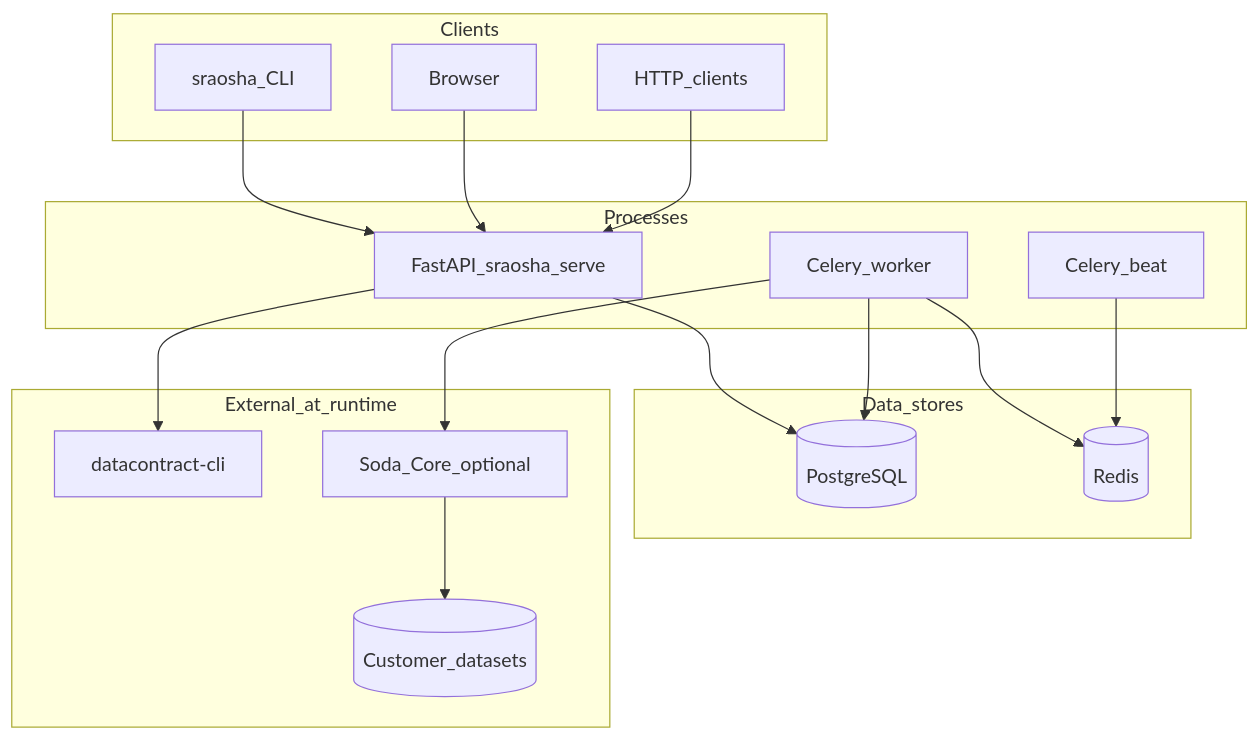
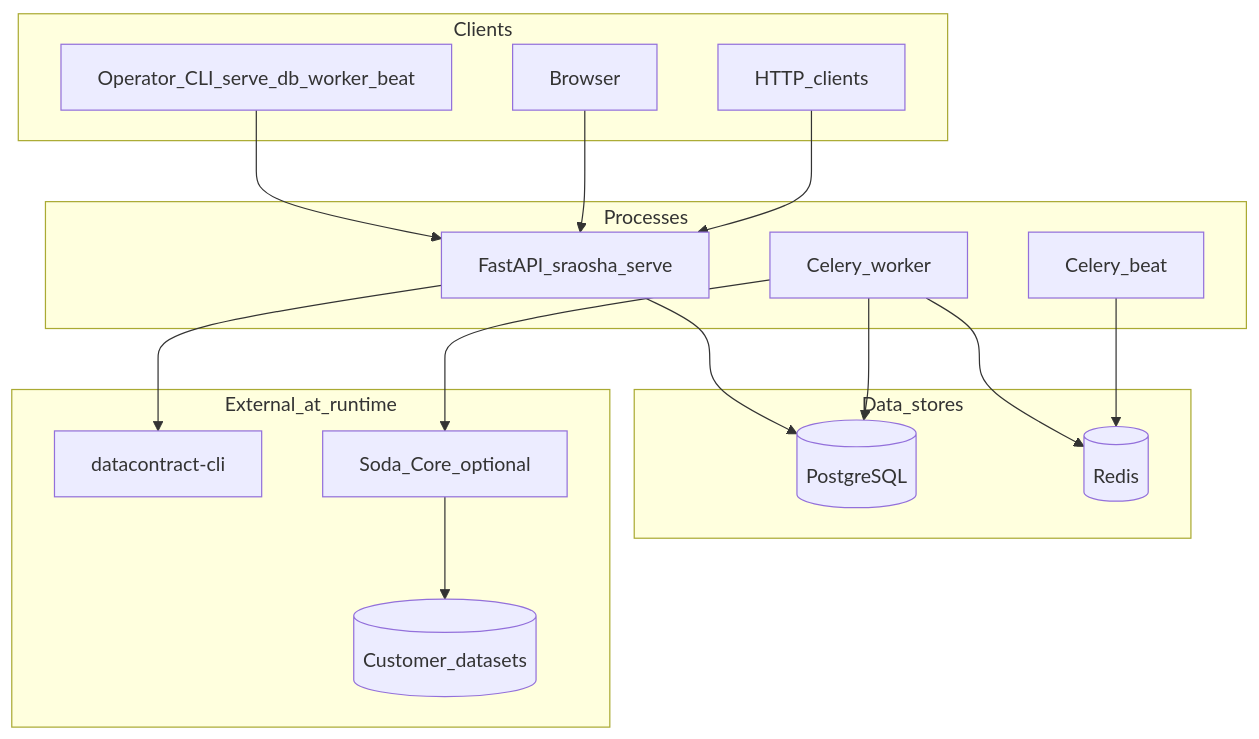
The first of 2 diagrams in ARCHITECTURE.md (daun-gatal/sraosha), drawn with Mermaid before and after one commit. The commit also changed other lines of this file and 149 other files, not shown here.

````diff
--- a/ARCHITECTURE.md
+++ b/ARCHITECTURE.md
@@ -9,32 +9,32 @@
 ```mermaid
 flowchart TB
   subgraph clients [Clients]
-    CLI[sraosha_CLI]
+    OpsCLI[Operator_CLI_serve_db_worker_beat]
     Browser[Browser]
     ExtHTTP[HTTP_clients]
   end
   subgraph processes [Processes]
     API[FastAPI_sraosha_serve]
     Worker[Celery_worker]
     Beat[Celery_beat]
   end
   subgraph stores [Data_stores]
     PG[(PostgreSQL)]
     Redis[(Redis)]
   end
   subgraph external [External_at_runtime]
     DC[datacontract-cli]
     Soda[Soda_Core_optional]
     DS[(Customer_datasets)]
   end
-  CLI --> API
+  OpsCLI --> API
   Browser --> API
   ExtHTTP --> API
   API --> PG
   API --> DC
   Worker --> PG
   Worker --> Redis
   Worker --> Soda
   Soda --> DS
   Beat --> Redis
 ```
````
